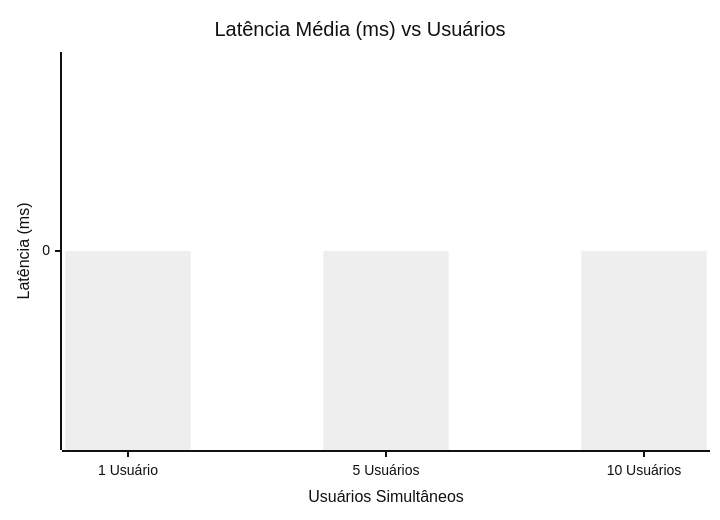
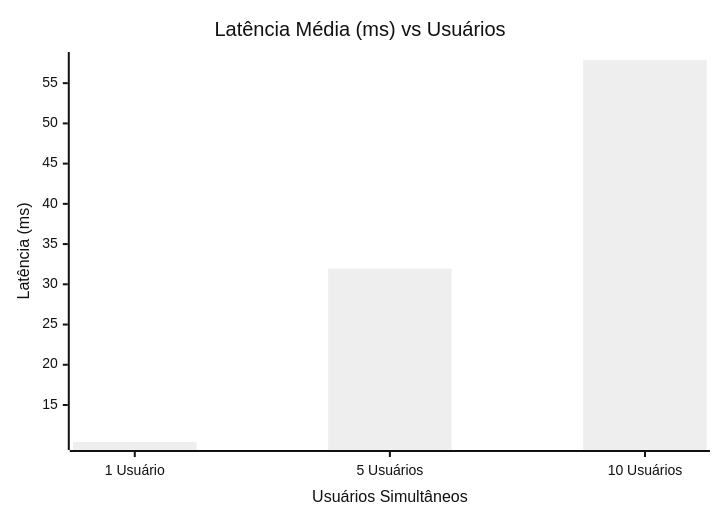
Before and after one commit to mavygarcia/AV3: the first of 3 diagrams in docs/relatorio_completo.md, drawn with Mermaid (neutral theme). The commit also changed other lines of this file and 4 other files, not shown here.

````diff
--- a/docs/relatorio_completo.md
+++ b/docs/relatorio_completo.md
@@ -34,7 +37,7 @@
 ```mermaid
 xychart-beta
     title "Latência Média (ms) vs Usuários"
     x-axis "Usuários Simultâneos" ["1 Usuário", "5 Usuários", "10 Usuários"]
     y-axis "Latência (ms)"
-    bar [0.00, 0.00, 0.00]
+    bar [10.40, 31.94, 57.88]
 ```
````
